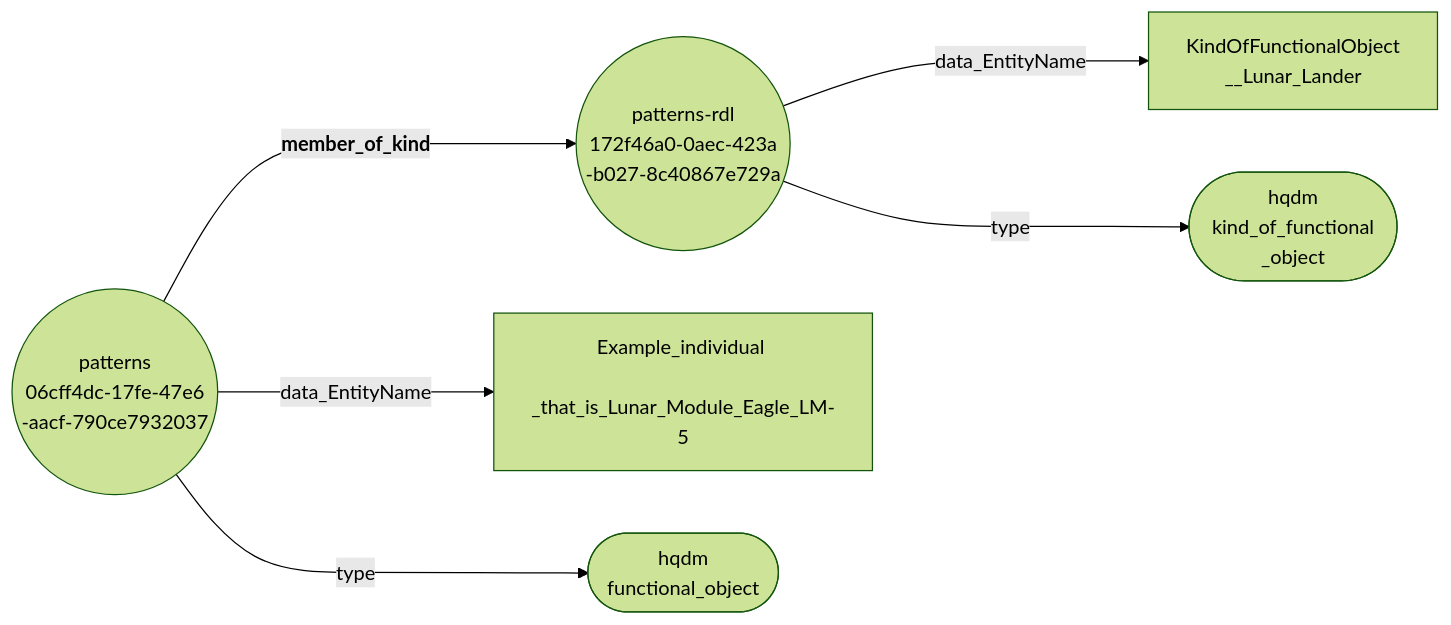
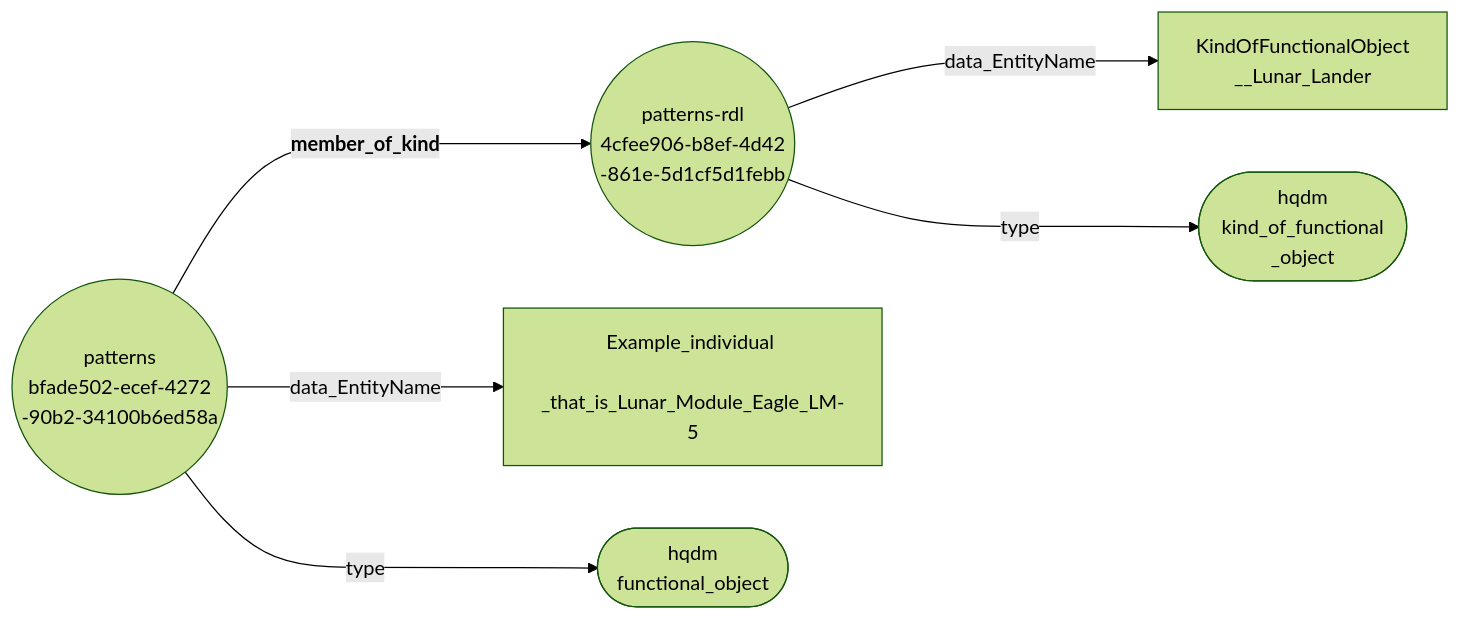
One commit to ClimbingAl/HqdmPatterns changed the diagram in docs/extras/example-files/member_of_kindNodeEdgeGraph.mermaid. Above: the diagram before and after it, drawn with Mermaid (forest theme). The commit also changed 35 other files, not shown here.

````diff
--- a/docs/extras/example-files/member_of_kindNodeEdgeGraph.mermaid
+++ b/docs/extras/example-files/member_of_kindNodeEdgeGraph.mermaid
@@ -1,8 +1,8 @@
 ``` mermaid
 graph LR
-  06cff4dc-17fe-47e6-aacf-790ce7932037(("patterns <br> 06cff4dc-17fe-47e6 <br> -aacf-790ce7932037"))--->|"<b> member_of_kind"|172f46a0-0aec-423a-b027-8c40867e729a(("patterns-rdl <br> 172f46a0-0aec-423a <br> -b027-8c40867e729a"));
-  06cff4dc-17fe-47e6-aacf-790ce7932037(("patterns <br> 06cff4dc-17fe-47e6 <br> -aacf-790ce7932037"))--->|"data_EntityName"|Example_individual_that_is_Lunar_Module_Eagle_LM-5["Example_individual <br> _that_is_Lunar_Module_Eagle_LM-5"];
-  06cff4dc-17fe-47e6-aacf-790ce7932037(("patterns <br> 06cff4dc-17fe-47e6 <br> -aacf-790ce7932037"))--->|"type"|functional_object(["hqdm <br> functional_object"]);
-  172f46a0-0aec-423a-b027-8c40867e729a(("patterns-rdl <br> 172f46a0-0aec-423a <br> -b027-8c40867e729a"))--->|"data_EntityName"|KindOfFunctionalObject__Lunar_Lander["KindOfFunctionalObject <br> __Lunar_Lander"];
-  172f46a0-0aec-423a-b027-8c40867e729a(("patterns-rdl <br> 172f46a0-0aec-423a <br> -b027-8c40867e729a"))--->|"type"|kind_of_functional_object(["hqdm <br> kind_of_functional <br> _object"]);
+  bfade502-ecef-4272-90b2-34100b6ed58a(("patterns <br> bfade502-ecef-4272 <br> -90b2-34100b6ed58a"))--->|"<b> member_of_kind"|4cfee906-b8ef-4d42-861e-5d1cf5d1febb(("patterns-rdl <br> 4cfee906-b8ef-4d42 <br> -861e-5d1cf5d1febb"));
+  bfade502-ecef-4272-90b2-34100b6ed58a(("patterns <br> bfade502-ecef-4272 <br> -90b2-34100b6ed58a"))--->|"data_EntityName"|Example_individual_that_is_Lunar_Module_Eagle_LM-5["Example_individual <br> _that_is_Lunar_Module_Eagle_LM-5"];
+  bfade502-ecef-4272-90b2-34100b6ed58a(("patterns <br> bfade502-ecef-4272 <br> -90b2-34100b6ed58a"))--->|"type"|functional_object(["hqdm <br> functional_object"]);
+  4cfee906-b8ef-4d42-861e-5d1cf5d1febb(("patterns-rdl <br> 4cfee906-b8ef-4d42 <br> -861e-5d1cf5d1febb"))--->|"data_EntityName"|KindOfFunctionalObject__Lunar_Lander["KindOfFunctionalObject <br> __Lunar_Lander"];
+  4cfee906-b8ef-4d42-861e-5d1cf5d1febb(("patterns-rdl <br> 4cfee906-b8ef-4d42 <br> -861e-5d1cf5d1febb"))--->|"type"|kind_of_functional_object(["hqdm <br> kind_of_functional <br> _object"]);
 ```
````
